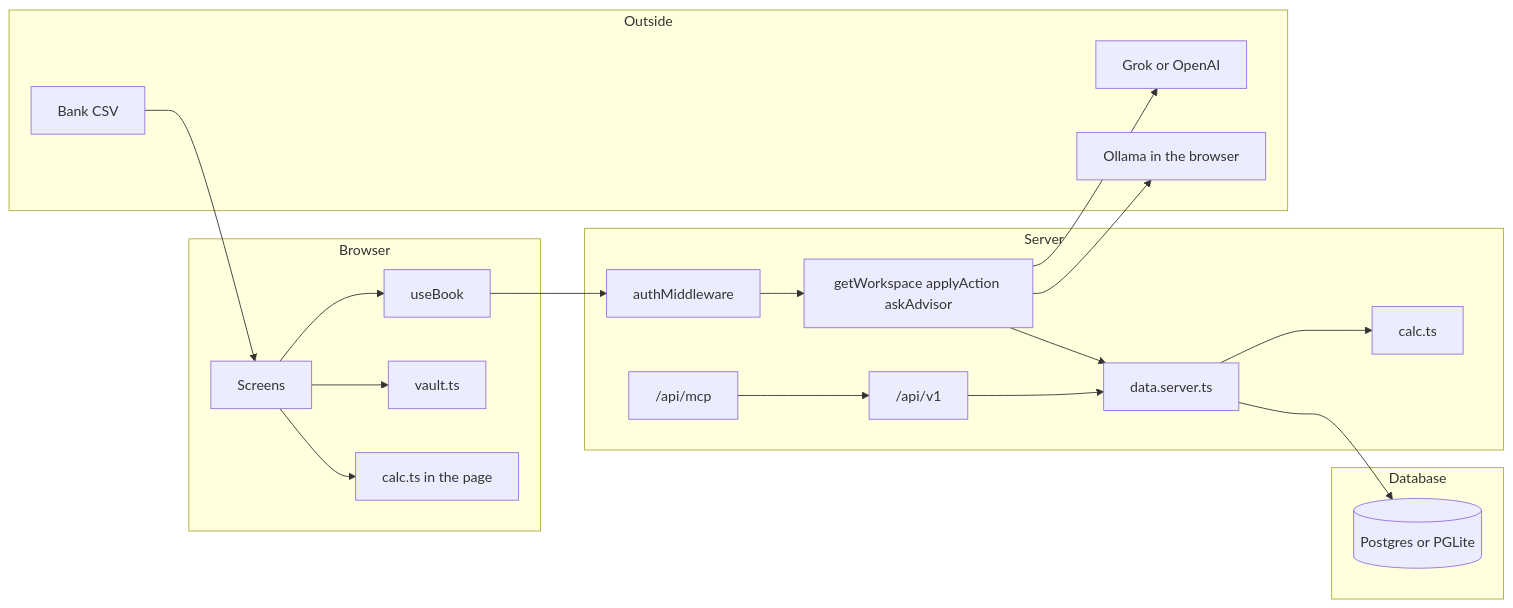
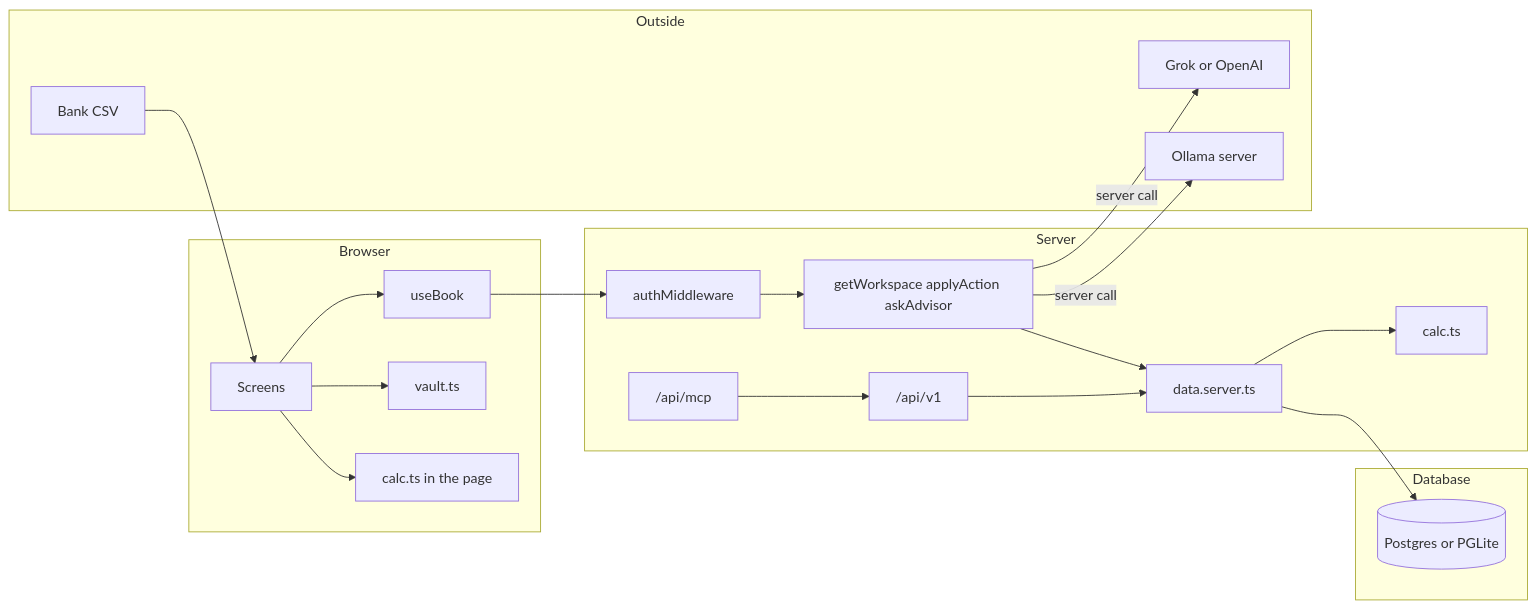
Before and after one commit to davisjw/HoneyJar: the first of 9 diagrams in docs/architecture.md, drawn with Mermaid. The commit also changed other lines of this file and 2 other files, not shown here.

First line of the commit message:
Correct feature, plan, and Ollama docs to match the code.

````diff
--- a/docs/architecture.md
+++ b/docs/architecture.md
@@ -67,37 +67,37 @@
 ```mermaid
 flowchart LR
   subgraph browser [Browser]
     Screens[Screens]
     Book[useBook]
     Vault[vault.ts]
     Charts[calc.ts in the page]
   end
   subgraph server [Server]
     Auth[authMiddleware]
     Fns[getWorkspace applyAction askAdvisor]
     Api["/api/v1"]
     Mcp["/api/mcp"]
     Data[data.server.ts]
     Calc[calc.ts]
   end
   subgraph store [Database]
     Sql[(Postgres or PGLite)]
   end
   subgraph outside [Outside]
     Grok[Grok or OpenAI]
-    Ollama[Ollama in the browser]
+    Ollama[Ollama server]
     Csv[Bank CSV]
   end
 
   Screens --> Book
   Screens --> Charts
   Screens --> Vault
   Book --> Auth --> Fns --> Data
   Csv --> Screens
   Api --> Data
   Mcp --> Api
   Data --> Calc
   Data --> Sql
-  Fns --> Grok
-  Fns --> Ollama
+  Fns -->|server call| Grok
+  Fns -->|server call| Ollama
 ```
````
